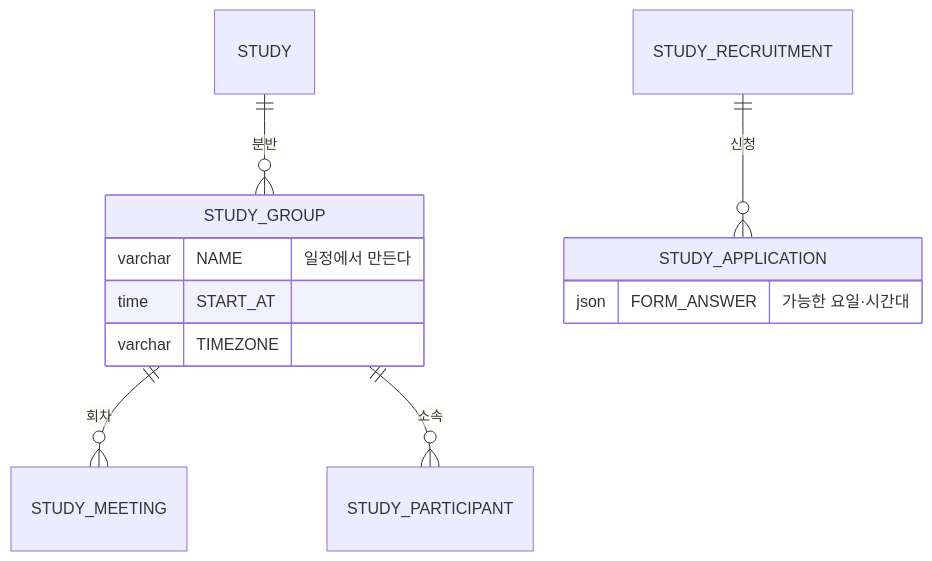
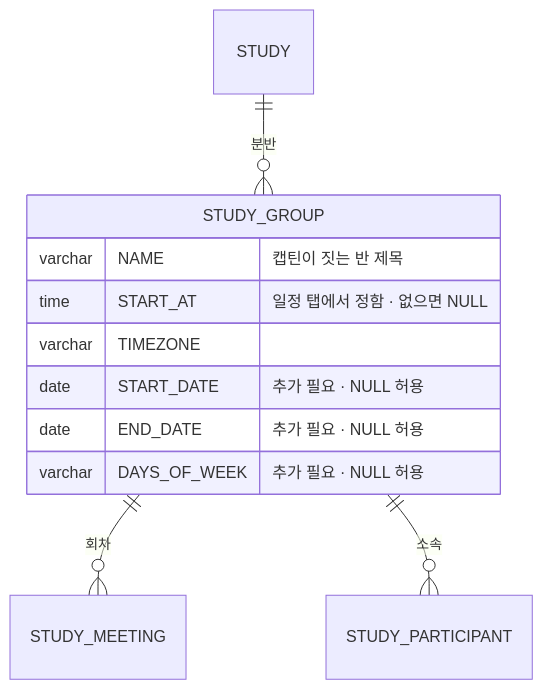
The second of 2 diagrams in 01-planning/stories/captain-assign-classes/PRD.md (StudyClub-PlusPlus/studyclub-engineering), drawn with Mermaid before and after one commit. The commit also changed other lines of this file and 30 other files, not shown here.

````diff
--- a/01-planning/stories/captain-assign-classes/PRD.md
+++ b/01-planning/stories/captain-assign-classes/PRD.md
@@ -110,15 +104,14 @@
 ```mermaid
 erDiagram
   STUDY ||--o{ STUDY_GROUP : "분반"
   STUDY_GROUP ||--o{ STUDY_MEETING : "회차"
   STUDY_GROUP ||--o{ STUDY_PARTICIPANT : "소속"
-  STUDY_RECRUITMENT ||--o{ STUDY_APPLICATION : "신청"
   STUDY_GROUP {
-    varchar NAME "일정에서 만든다"
-    time START_AT
+    varchar NAME "캡틴이 짓는 반 제목"
+    time START_AT "일정 탭에서 정함 · 없으면 NULL"
     varchar TIMEZONE
-  }
-  STUDY_APPLICATION {
-    json FORM_ANSWER "가능한 요일·시간대"
+    date START_DATE "추가 필요 · NULL 허용"
+    date END_DATE "추가 필요 · NULL 허용"
+    varchar DAYS_OF_WEEK "추가 필요 · NULL 허용"
   }
 ```
````
